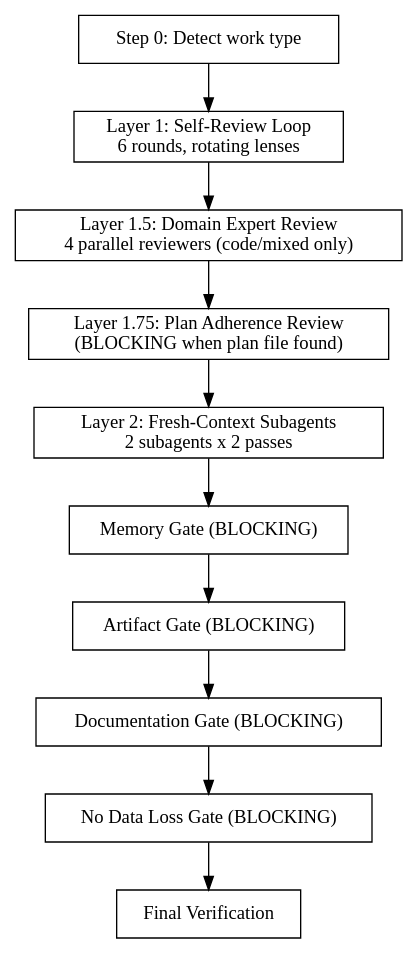
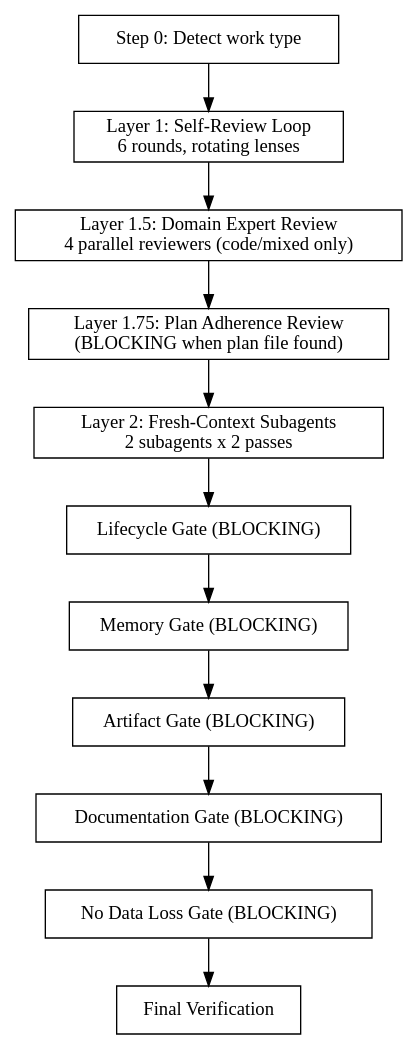
Before and after one commit to wgordon17/personal-claude-marketplace: the diagram in code-quality/skills/quality-gate/SKILL.md, drawn with Graphviz. The commit also changed other lines of this file and 7 other files, not shown here.

First line of the commit message:
feat(code-quality): adds artifact lifecycle counters to plan files (#114)

````diff
--- a/code-quality/skills/quality-gate/SKILL.md
+++ b/code-quality/skills/quality-gate/SKILL.md
@@ -33,17 +33,18 @@
 ```dot
 digraph quality_gate {
   rankdir=TB;
   node [shape=box];
   detect [label="Step 0: Detect work type"];
   layer1 [label="Layer 1: Self-Review Loop\n6 rounds, rotating lenses"];
   layer1_5 [label="Layer 1.5: Domain Expert Review\n4 parallel reviewers (code/mixed only)"];
   layer1_75 [label="Layer 1.75: Plan Adherence Review\n(BLOCKING when plan file found)"];
   layer2 [label="Layer 2: Fresh-Context Subagents\n2 subagents x 2 passes"];
+  lifecycle [label="Lifecycle Gate (BLOCKING)"];
   memory [label="Memory Gate (BLOCKING)"];
   artifact [label="Artifact Gate (BLOCKING)"];
   docs [label="Documentation Gate (BLOCKING)"];
   nodataloss [label="No Data Loss Gate (BLOCKING)"];
   final [label="Final Verification"];
-  detect -> layer1 -> layer1_5 -> layer1_75 -> layer2 -> memory -> artifact -> docs -> nodataloss -> final;
+  detect -> layer1 -> layer1_5 -> layer1_75 -> layer2 -> lifecycle -> memory -> artifact -> docs -> nodataloss -> final;
 }
 ```
````
